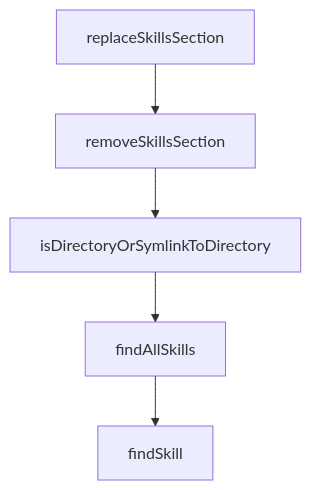
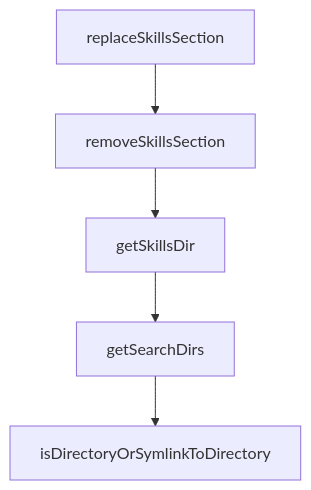
The diagram in tutorials/openskills-tutorial/07-updates-versioning-and-governance.md (johnxie/awesome-code-docs), drawn with Mermaid before and after one commit. The commit also changed other lines of this file and 1232 other files, not shown here.

````diff
--- a/tutorials/openskills-tutorial/07-updates-versioning-and-governance.md
+++ b/tutorials/openskills-tutorial/07-updates-versioning-and-governance.md
@@ -197,12 +164,12 @@
 ```mermaid
 flowchart TD
     A[replaceSkillsSection]
     B[removeSkillsSection]
-    C[isDirectoryOrSymlinkToDirectory]
-    D[findAllSkills]
-    E[findSkill]
+    C[getSkillsDir]
+    D[getSearchDirs]
+    E[isDirectoryOrSymlinkToDirectory]
     A --> B
     B --> C
     C --> D
     D --> E
 ```
````
